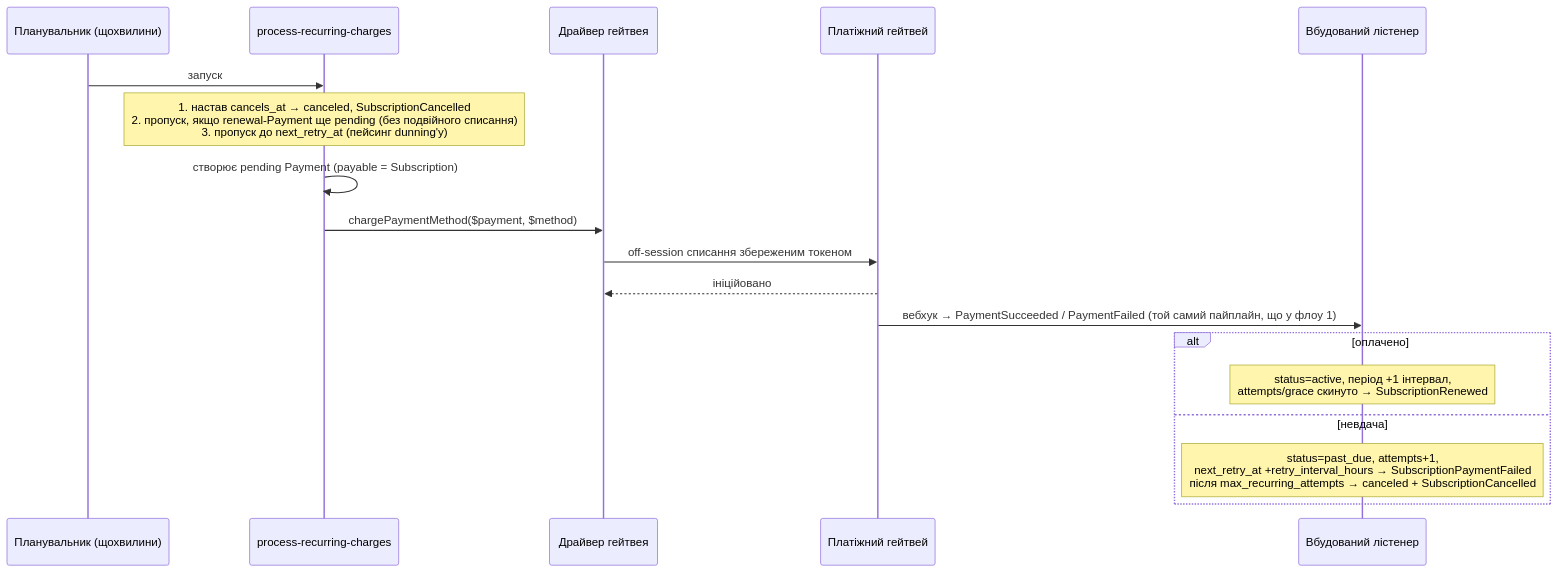
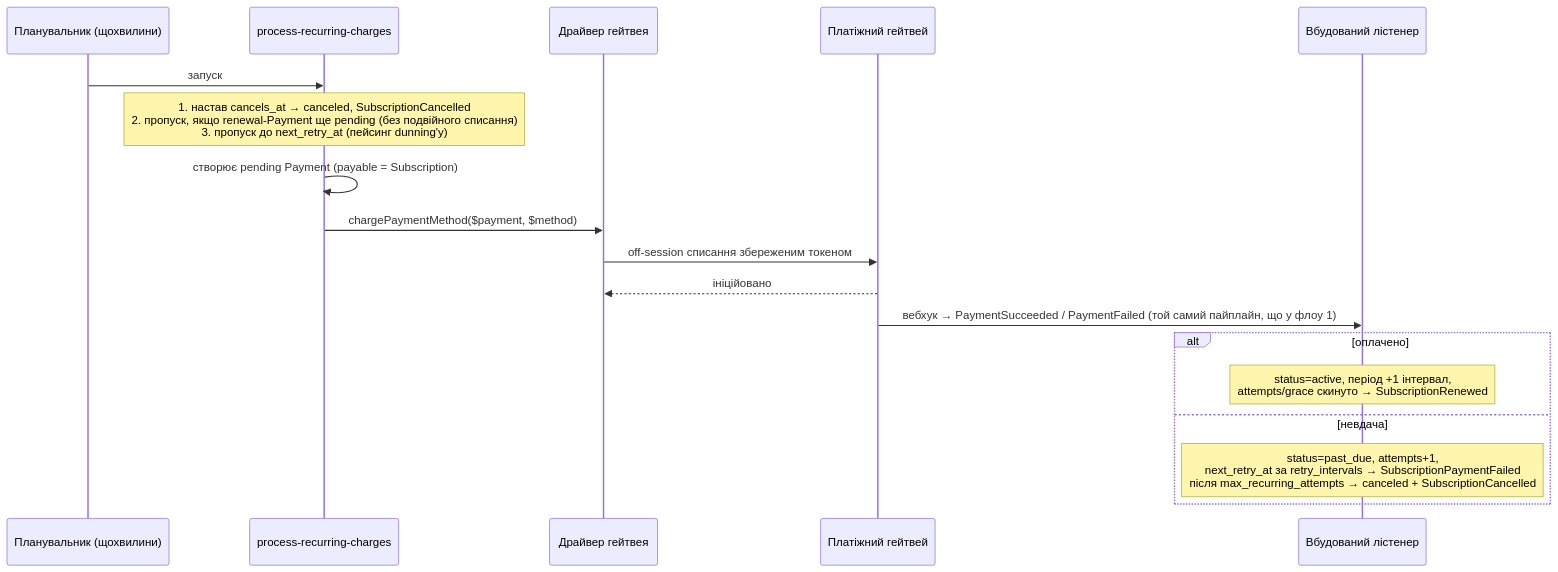
The second of 4 diagrams in README.uk.md (fomvasss/laravel-billing), drawn with Mermaid before and after one commit. The commit also changed other lines of this file and 16 other files, not shown here.

````diff
--- a/README.uk.md
+++ b/README.uk.md
@@ -376,22 +376,22 @@
 ```mermaid
 sequenceDiagram
     participant Cron as Планувальник (щохвилини)
     participant Cmd as process-recurring-charges
     participant Driver as Драйвер гейтвея
     participant Bank as Платіжний гейтвей
     participant Listener as Вбудований лістенер
 
     Cron->>Cmd: запуск
     Note over Cmd: 1. настав cancels_at → canceled, SubscriptionCancelled<br/>2. пропуск, якщо renewal-Payment ще pending (без подвійного списання)<br/>3. пропуск до next_retry_at (пейсинг dunning'у)
     Cmd->>Cmd: створює pending Payment (payable = Subscription)
     Cmd->>Driver: chargePaymentMethod($payment, $method)
     Driver->>Bank: off-session списання збереженим токеном
     Bank-->>Driver: ініційовано
 
     Bank->>Listener: вебхук → PaymentSucceeded / PaymentFailed (той самий пайплайн, що у флоу 1)
     alt оплачено
         Note over Listener: status=active, період +1 інтервал,<br/>attempts/grace скинуто → SubscriptionRenewed
     else невдача
-        Note over Listener: status=past_due, attempts+1,<br/>next_retry_at +retry_interval_hours → SubscriptionPaymentFailed<br/>після max_recurring_attempts → canceled + SubscriptionCancelled
+        Note over Listener: status=past_due, attempts+1,<br/>next_retry_at за retry_intervals → SubscriptionPaymentFailed<br/>після max_recurring_attempts → canceled + SubscriptionCancelled
     end
 ```
````
